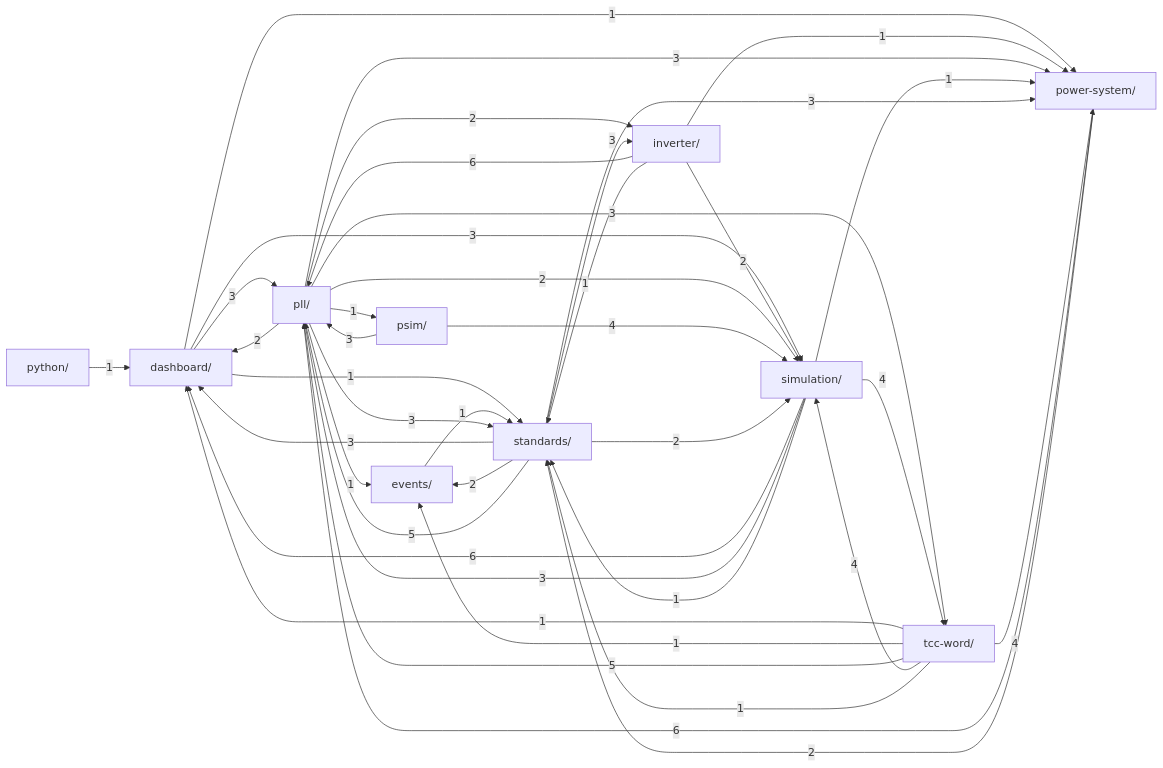
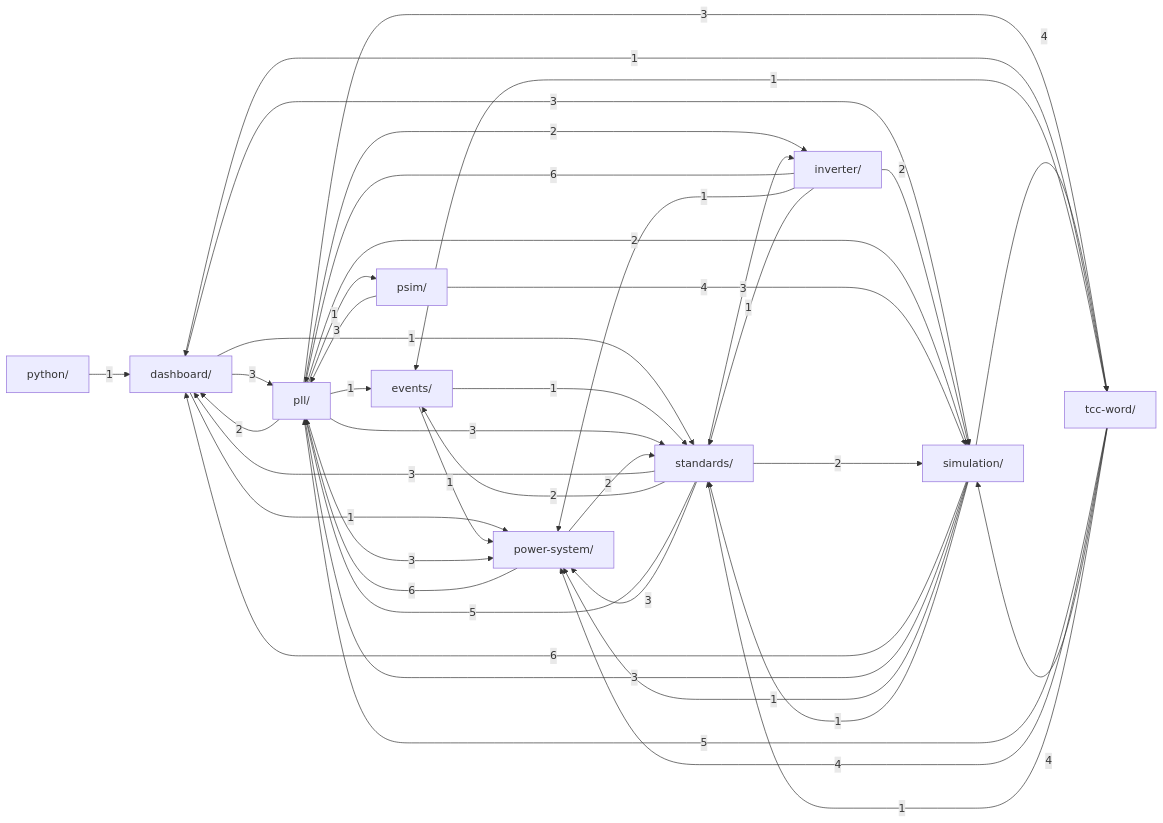
Before and after one commit to GGHB0/pll_stability_9bus: the diagram in .claude/kb/grafo.md, drawn with Mermaid. The commit also changed 19 other files, not shown here.

First line of the commit message:
Split power-system/ KB folder into topic subfolders

````diff
--- a/.claude/kb/grafo.md
+++ b/.claude/kb/grafo.md
@@ -12,52 +12,53 @@
 ```mermaid
 graph LR
     dashboard["dashboard/"]
     events["events/"]
     inverter["inverter/"]
     pll["pll/"]
     power_system["power-system/"]
     psim["psim/"]
     python["python/"]
     simulation["simulation/"]
     standards["standards/"]
     tcc_word["tcc-word/"]
     dashboard -->|3| pll
     dashboard -->|1| power_system
     dashboard -->|3| simulation
     dashboard -->|1| standards
+    events -->|1| power_system
     events -->|1| standards
     inverter -->|6| pll
     inverter -->|1| power_system
     inverter -->|2| simulation
     inverter -->|1| standards
     pll -->|2| dashboard
     pll -->|1| events
     pll -->|2| inverter
     pll -->|3| power_system
     pll -->|1| psim
     pll -->|2| simulation
     pll -->|3| standards
     pll -->|3| tcc_word
     power_system -->|6| pll
     power_system -->|2| standards
     psim -->|3| pll
     psim -->|4| simulation
     python -->|1| dashboard
     simulation -->|6| dashboard
     simulation -->|3| pll
     simulation -->|1| power_system
     simulation -->|1| standards
     simulation -->|4| tcc_word
     standards -->|3| dashboard
     standards -->|2| events
     standards -->|3| inverter
     standards -->|5| pll
     standards -->|3| power_system
     standards -->|2| simulation
     tcc_word -->|1| dashboard
     tcc_word -->|1| events
     tcc_word -->|5| pll
     tcc_word -->|4| power_system
     tcc_word -->|4| simulation
     tcc_word -->|1| standards
 ```
````
